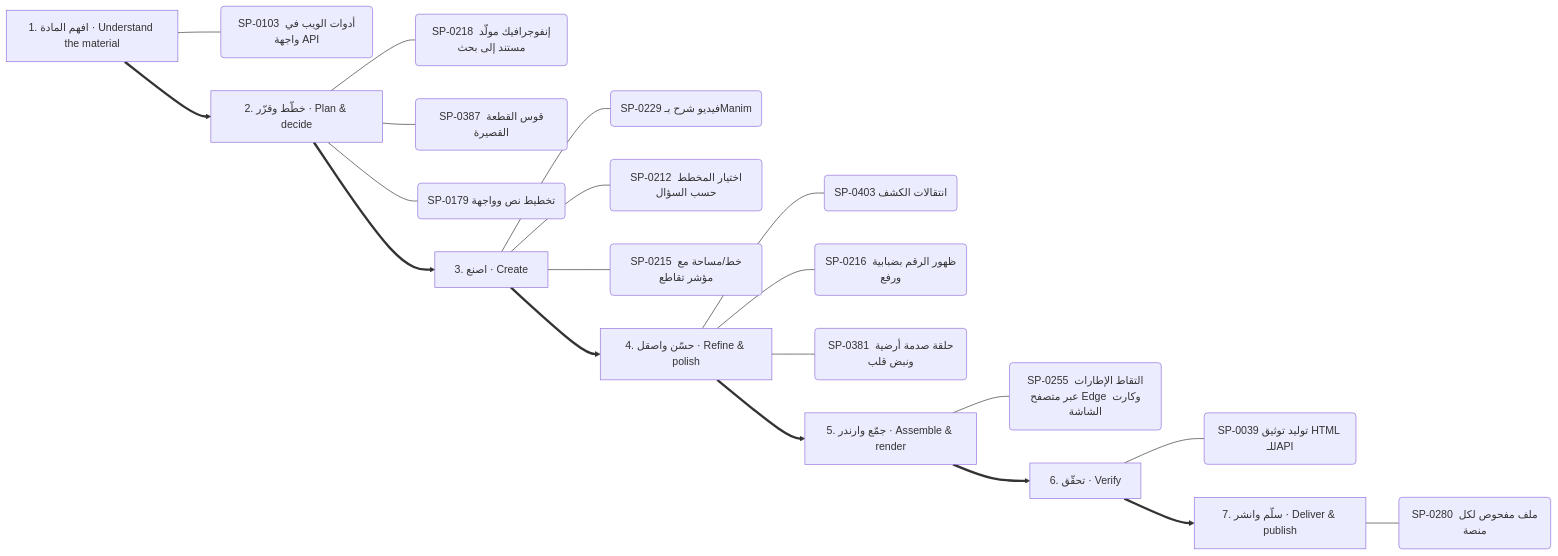
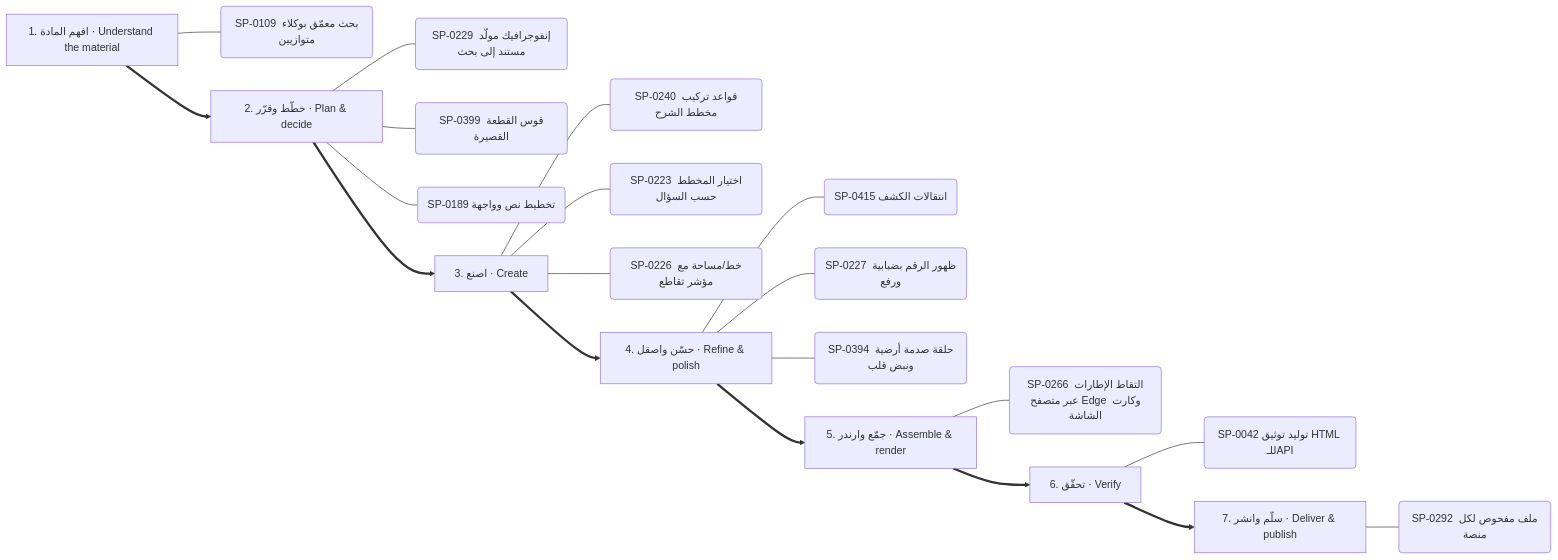
The fifth of 13 diagrams in .claude/skills/kosif-superpowers/references/capability-mindmap.md (kosif199022-jpg/kosif-tool), drawn with Mermaid before and after one commit. The commit also changed other lines of this file and 58 other files, not shown here.

````diff
--- a/.claude/skills/kosif-superpowers/references/capability-mindmap.md
+++ b/.claude/skills/kosif-superpowers/references/capability-mindmap.md
@@ -272,29 +274,29 @@
 ```mermaid
 flowchart LR
   S0["1. افهم المادة · Understand the material"]
-  S0 --- S0_0("SP-0103 أدوات الويب في واجهة API")
+  S0 --- S0_0("SP-0109 بحث معمّق بوكلاء متوازيين")
   S1["2. خطّط وقرّر · Plan & decide"]
-  S1 --- S1_0("SP-0218 إنفوجرافيك مولَّد مستند إلى بحث")
-  S1 --- S1_1("SP-0387 قوس القطعة القصيرة")
-  S1 --- S1_2("SP-0179 تخطيط نص وواجهة")
+  S1 --- S1_0("SP-0229 إنفوجرافيك مولَّد مستند إلى بحث")
+  S1 --- S1_1("SP-0399 قوس القطعة القصيرة")
+  S1 --- S1_2("SP-0189 تخطيط نص وواجهة")
   S0 ==> S1
   S2["3. اصنع · Create"]
-  S2 --- S2_0("SP-0229 فيديو شرح بـManim")
-  S2 --- S2_1("SP-0212 اختيار المخطط حسب السؤال")
-  S2 --- S2_2("SP-0215 خط/مساحة مع مؤشر تقاطع")
+  S2 --- S2_0("SP-0240 قواعد تركيب مخطط الشرح")
+  S2 --- S2_1("SP-0223 اختيار المخطط حسب السؤال")
+  S2 --- S2_2("SP-0226 خط/مساحة مع مؤشر تقاطع")
   S1 ==> S2
   S3["4. حسّن واصقل · Refine & polish"]
-  S3 --- S3_0("SP-0403 انتقالات الكشف")
-  S3 --- S3_1("SP-0216 ظهور الرقم بضبابية ورفع")
-  S3 --- S3_2("SP-0381 حلقة صدمة أرضية ونبض قلب")
+  S3 --- S3_0("SP-0415 انتقالات الكشف")
+  S3 --- S3_1("SP-0227 ظهور الرقم بضبابية ورفع")
+  S3 --- S3_2("SP-0394 حلقة صدمة أرضية ونبض قلب")
   S2 ==> S3
   S4["5. جمّع وارندر · Assemble & render"]
-  S4 --- S4_0("SP-0255 التقاط الإطارات عبر متصفح Edge وكارت الشاشة")
+  S4 --- S4_0("SP-0266 التقاط الإطارات عبر متصفح Edge وكارت الشاشة")
   S3 ==> S4
   S5["6. تحقّق · Verify"]
-  S5 --- S5_0("SP-0039 توليد توثيق HTML للـAPI")
+  S5 --- S5_0("SP-0042 توليد توثيق HTML للـAPI")
   S4 ==> S5
   S6["7. سلّم وانشر · Deliver & publish"]
-  S6 --- S6_0("SP-0280 ملف مفحوص لكل منصة")
+  S6 --- S6_0("SP-0292 ملف مفحوص لكل منصة")
   S5 ==> S6
 ```
````
